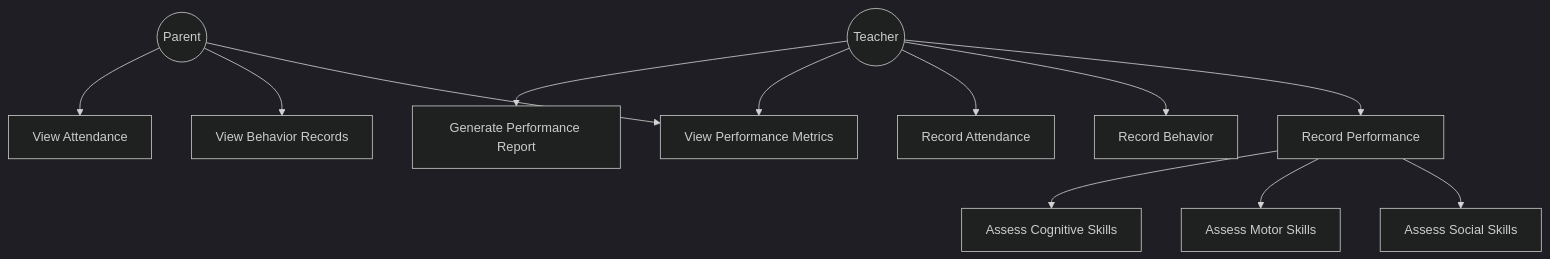
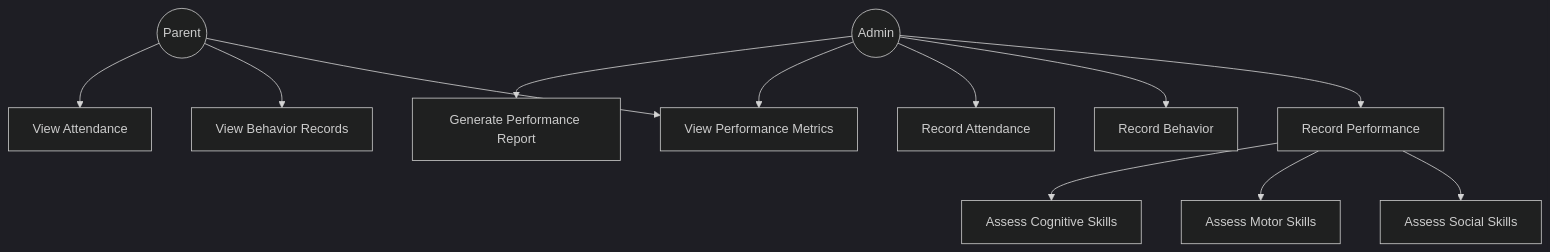
Before and after one commit to TongYwen/childfyp5: the fourth of 18 diagrams in diagrams.md, drawn with Mermaid (dark theme). The commit also changed other lines of this file, not shown here.

First line of the commit message:
Update diagrams to remove Teacher role

````diff
--- a/diagrams.md
+++ b/diagrams.md
@@ -74,19 +66,19 @@
 ```mermaid
 graph TD
     Parent((Parent))
-    Teacher((Teacher))
+    Admin((Admin))
 
     Parent --> ViewPerformance[View Performance Metrics]
     Parent --> ViewBehavior[View Behavior Records]
     Parent --> ViewAttendance[View Attendance]
 
-    Teacher --> RecordPerformance[Record Performance]
-    Teacher --> RecordBehavior[Record Behavior]
-    Teacher --> RecordAttendance[Record Attendance]
-    Teacher --> ViewPerformance
-    Teacher --> GenerateReport[Generate Performance Report]
+    Admin --> RecordPerformance[Record Performance]
+    Admin --> RecordBehavior[Record Behavior]
+    Admin --> RecordAttendance[Record Attendance]
+    Admin --> ViewPerformance
+    Admin --> GenerateReport[Generate Performance Report]
 
     RecordPerformance --> AssessSocial[Assess Social Skills]
     RecordPerformance --> AssessMotor[Assess Motor Skills]
     RecordPerformance --> AssessCognitive[Assess Cognitive Skills]
 ```
````
